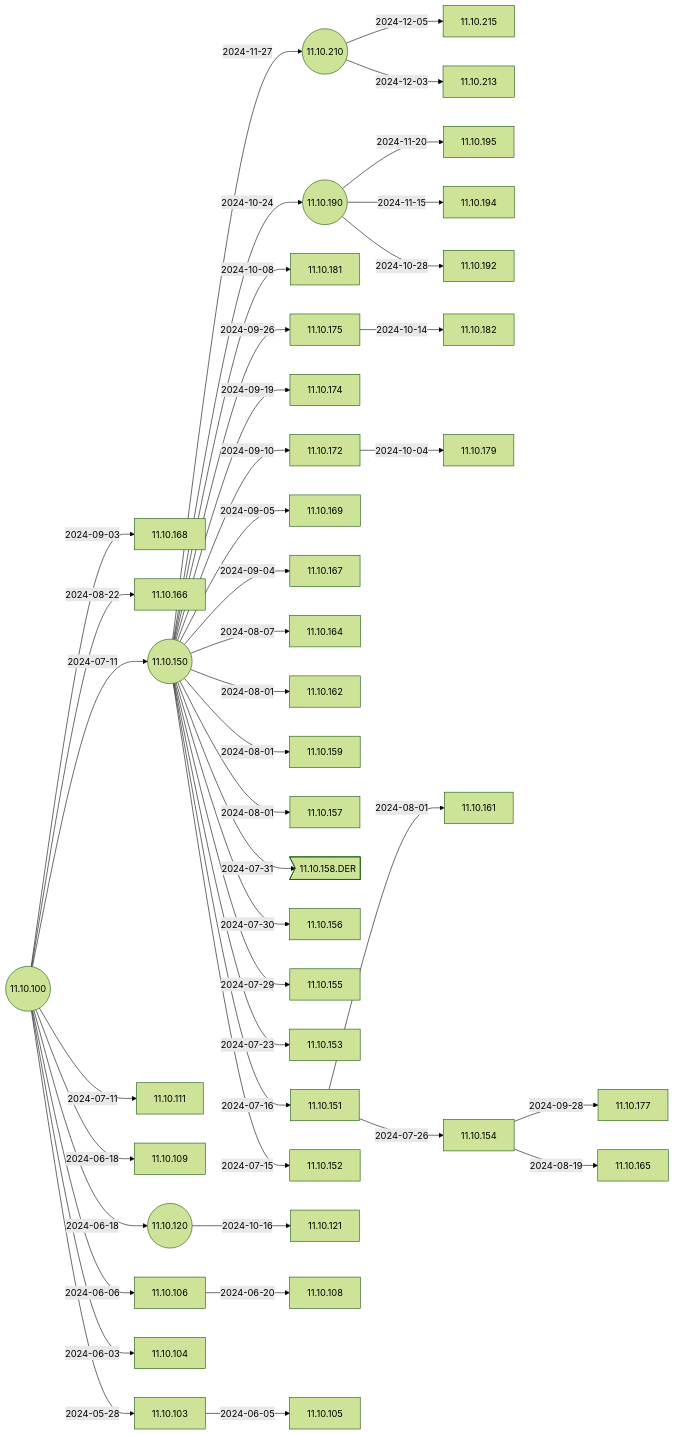
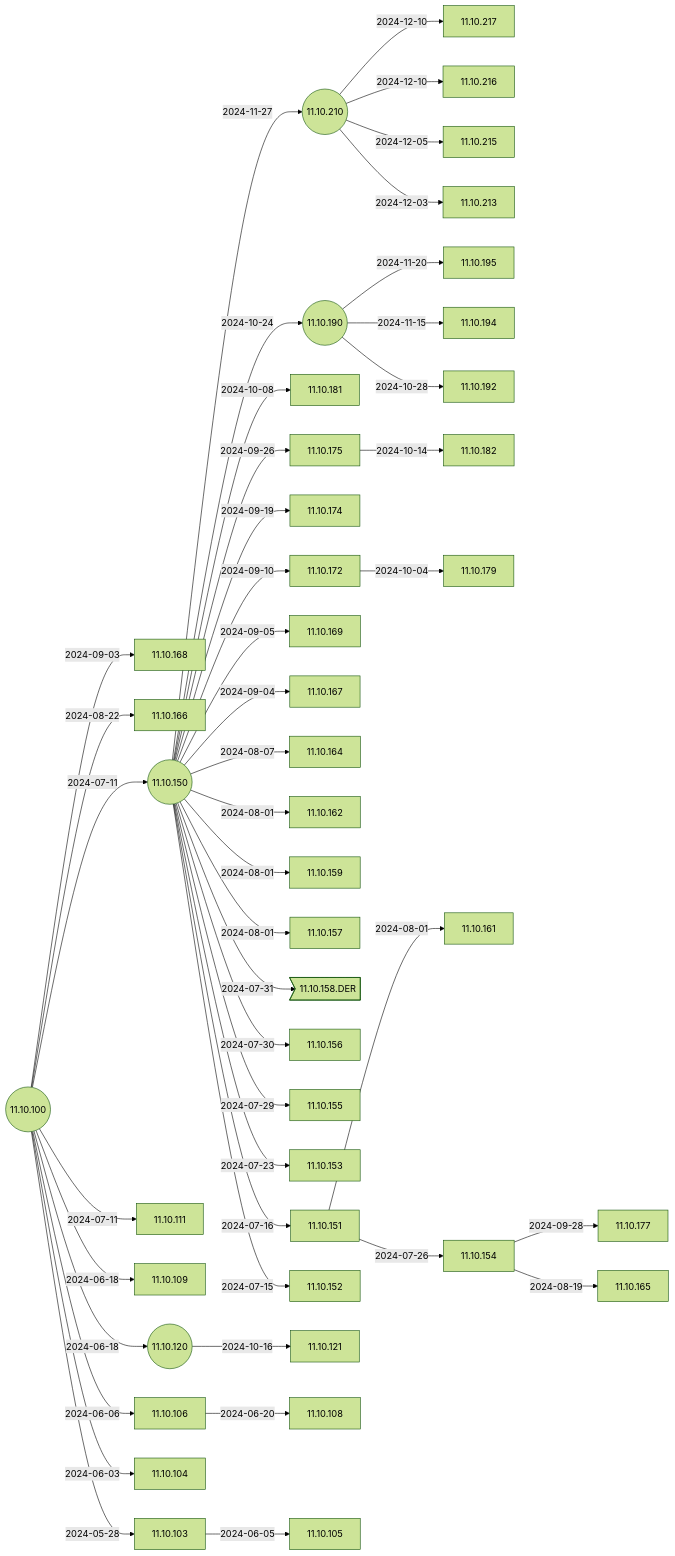
One commit to IGEL-Community/IGEL-Docs-v02 changed the second of 6 diagrams in docs/Docs/ReleaseNotes/01-OS11/README.md. Above: the diagram before and after it, drawn with Mermaid (forest theme). The commit also changed 3 other files, not shown here.

````diff
--- a/docs/Docs/ReleaseNotes/01-OS11/README.md
+++ b/docs/Docs/ReleaseNotes/01-OS11/README.md
@@ -41,5 +41,7 @@
 ```mermaid
 flowchart LR
+    11.10.210-- 2024-12-10 -->11.10.217
+    11.10.210-- 2024-12-10 -->11.10.216
     11.10.210-- 2024-12-05 -->11.10.215
     11.10.210-- 2024-12-03 -->11.10.213
     11.10.150-- 2024-11-27 -->11.10.210((11.10.210))
@@ -82,6 +84,8 @@
     11.10.100-- 2024-06-03 -->11.10.104
     11.10.100-- 2024-05-28 -->11.10.103
     11.10.100((11.10.100))
+    click 11.10.217 "https://github.com/IGEL-Community/IGEL-Docs-v02/tree/main/docs/Docs/ReleaseNotes/01-OS11/readme11.10.217.txt" _blank
+    click 11.10.216 "https://github.com/IGEL-Community/IGEL-Docs-v02/tree/main/docs/Docs/ReleaseNotes/01-OS11/readme11.10.216.txt" _blank
     click 11.10.215 "https://github.com/IGEL-Community/IGEL-Docs-v02/tree/main/docs/Docs/ReleaseNotes/01-OS11/readme11.10.215.txt" _blank
     click 11.10.213 "https://github.com/IGEL-Community/IGEL-Docs-v02/tree/main/docs/Docs/ReleaseNotes/01-OS11/readme11.10.213.txt" _blank
     click 11.10.210 "https://github.com/IGEL-Community/IGEL-Docs-v02/tree/main/docs/Docs/ReleaseNotes/01-OS11/readme11.10.210.txt" _blank
````
